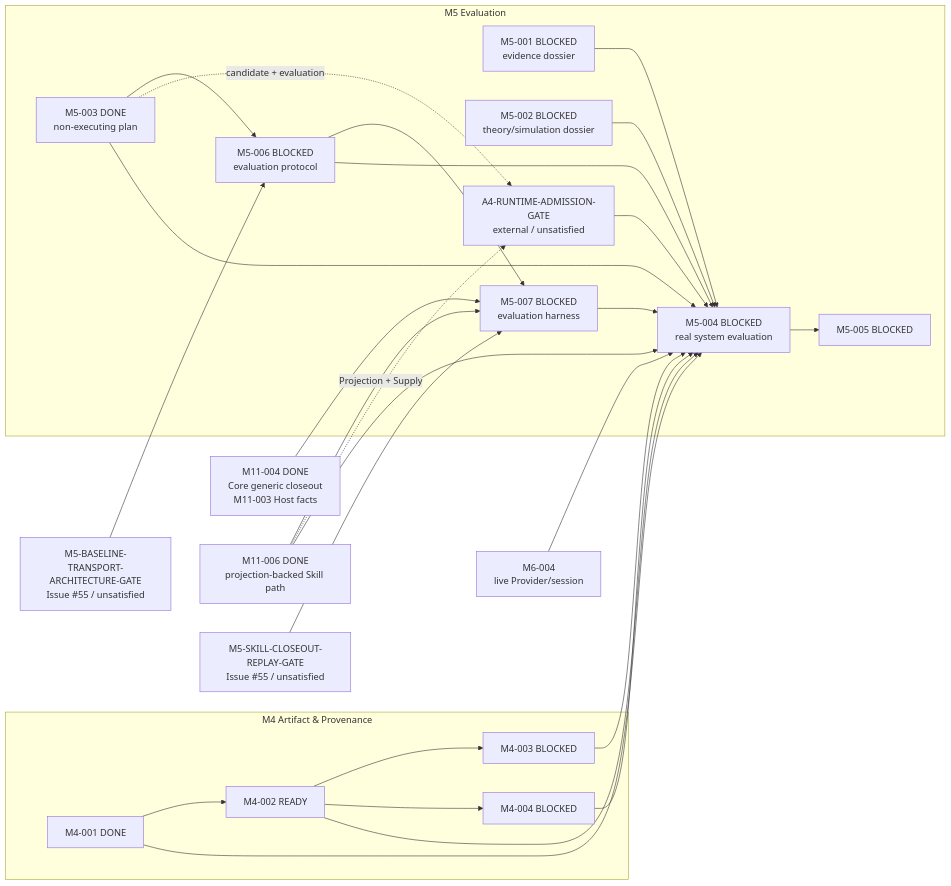
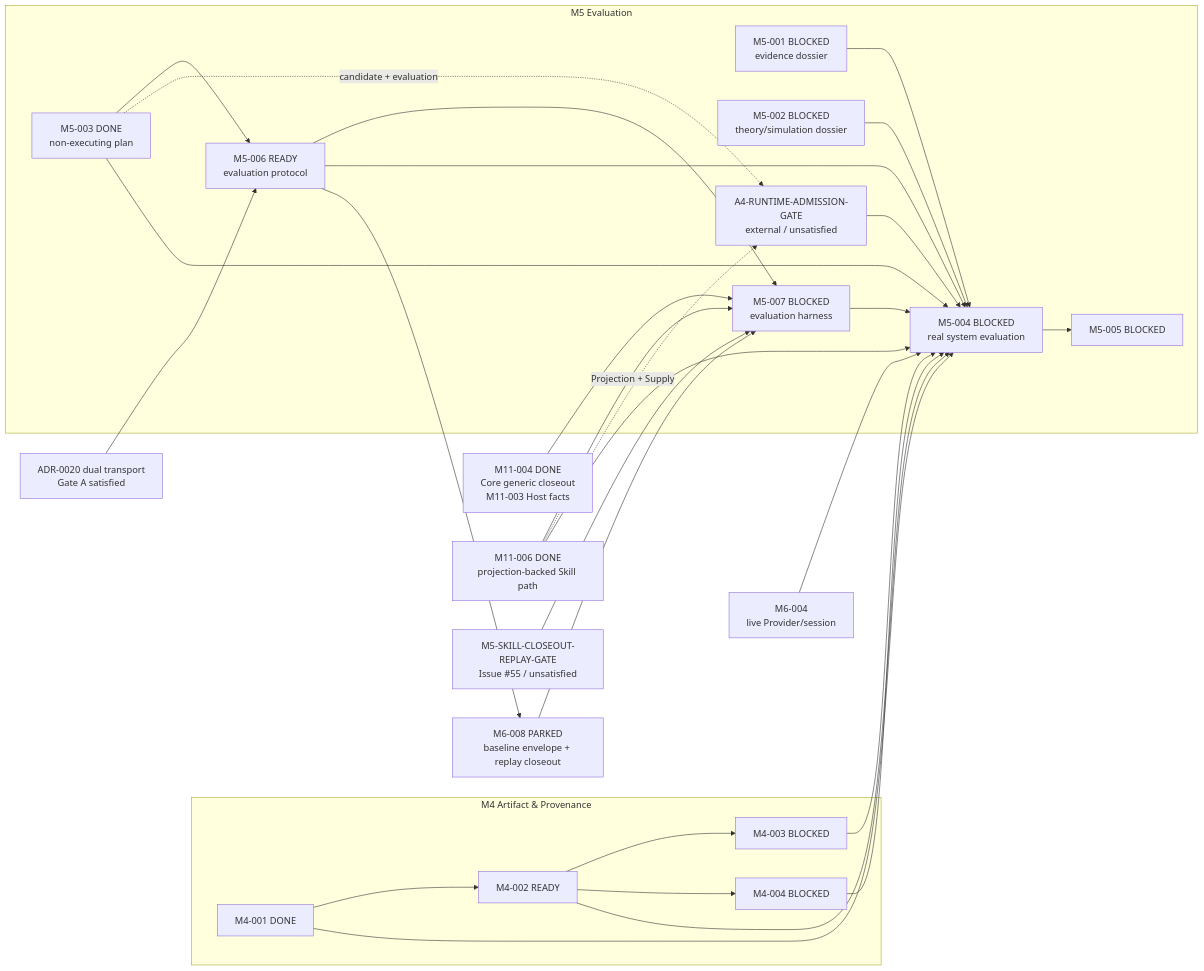
Before and after one commit to Chengyue-Lu/research-agent-workbench: the third of 4 diagrams in docs/M_SERIES_IMPLEMENTATION_MAP.md, drawn with Mermaid. The commit also changed other lines of this file and 11 other files, not shown here.

First line of the commit message:
docs(phase-d): accept dual-transport evaluation entry (#56)

````diff
--- a/docs/M_SERIES_IMPLEMENTATION_MAP.md
+++ b/docs/M_SERIES_IMPLEMENTATION_MAP.md
@@ -92,33 +92,35 @@
 ```mermaid
 flowchart LR
     subgraph M4["M4 Artifact & Provenance"]
         M4001["M4-001 DONE"] --> M4002["M4-002 READY"]
         M4002 --> M4003["M4-003 BLOCKED"]
         M4002 --> M4004["M4-004 BLOCKED"]
     end
 
     subgraph M5["M5 Evaluation"]
         M5001["M5-001 BLOCKED<br/>evidence dossier"] --> M5004["M5-004 BLOCKED<br/>real system evaluation"]
         M5002["M5-002 BLOCKED<br/>theory/simulation dossier"] --> M5004
-        M5003["M5-003 DONE<br/>non-executing plan"] --> M5006["M5-006 BLOCKED<br/>evaluation protocol"]
+        M5003["M5-003 DONE<br/>non-executing plan"] --> M5006["M5-006 READY<br/>evaluation protocol"]
         M5006 --> M5007["M5-007 BLOCKED<br/>evaluation harness"]
         M5003 -. "candidate + evaluation" .-> A4G["A4-RUNTIME-ADMISSION-GATE<br/>external / unsatisfied"]
         A4G --> M5004
         M5003 --> M5004
         M5006 --> M5004
         M5007 --> M5004
         M5004 --> M5005["M5-005 BLOCKED"]
     end
 
     M4001 --> M5004
     M4002 --> M5004
     M4003 --> M5004
     M4004 --> M5004
-    BTG["M5-BASELINE-TRANSPORT-ARCHITECTURE-GATE<br/>Issue #55 / unsatisfied"] --> M5006
+    BTG["ADR-0020 dual transport<br/>Gate A satisfied"] --> M5006
+    M5006 --> M6008["M6-008 PARKED<br/>baseline envelope + replay closeout"]
+    M6008 --> M5007
     M1104["M11-004 DONE<br/>Core generic closeout<br/>M11-003 Host facts"] --> M5007
     M1106["M11-006 DONE<br/>projection-backed Skill path"] --> M5007
     SCG["M5-SKILL-CLOSEOUT-REPLAY-GATE<br/>Issue #55 / unsatisfied"] --> M5007
     M1106 -. "Projection + Supply" .-> A4G
     M1106 --> M5004
     M6004["M6-004<br/>live Provider/session"] --> M5004
 ```
````
